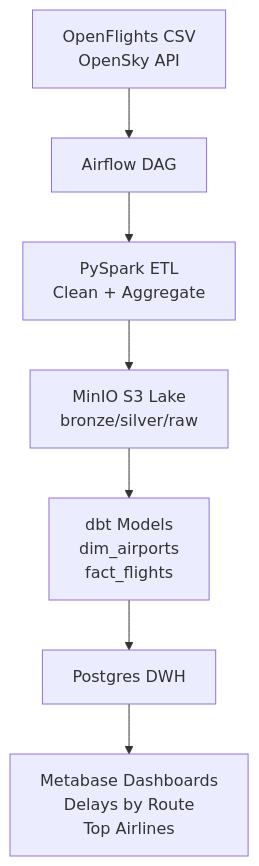
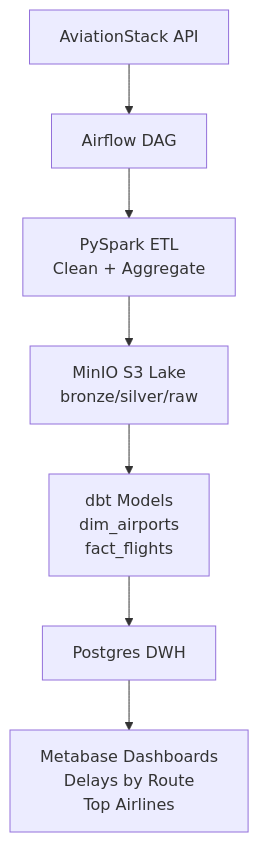
One commit to luiveldel/data-flight-pipeline changed the diagram in README.md. Above: the diagram before and after it, drawn with Mermaid. The commit also changed other lines of this file, not shown here.

````diff
--- a/README.md
+++ b/README.md
@@ -46,9 +46,9 @@
 ```mermaid
 graph TB
-    A[OpenFlights CSV<br/>OpenSky API] --> B[Airflow DAG]
+    A[AviationStack API] --> B[Airflow DAG]
     B --> C[PySpark ETL<br/>Clean + Aggregate]
     C --> D[MinIO S3 Lake<br/>bronze/silver/raw]
     D --> E[dbt Models<br/>dim_airports<br/>fact_flights]
     E --> F[Postgres DWH]
     F --> G[Metabase Dashboards<br/>Delays by Route<br/>Top Airlines]
 ```
````
